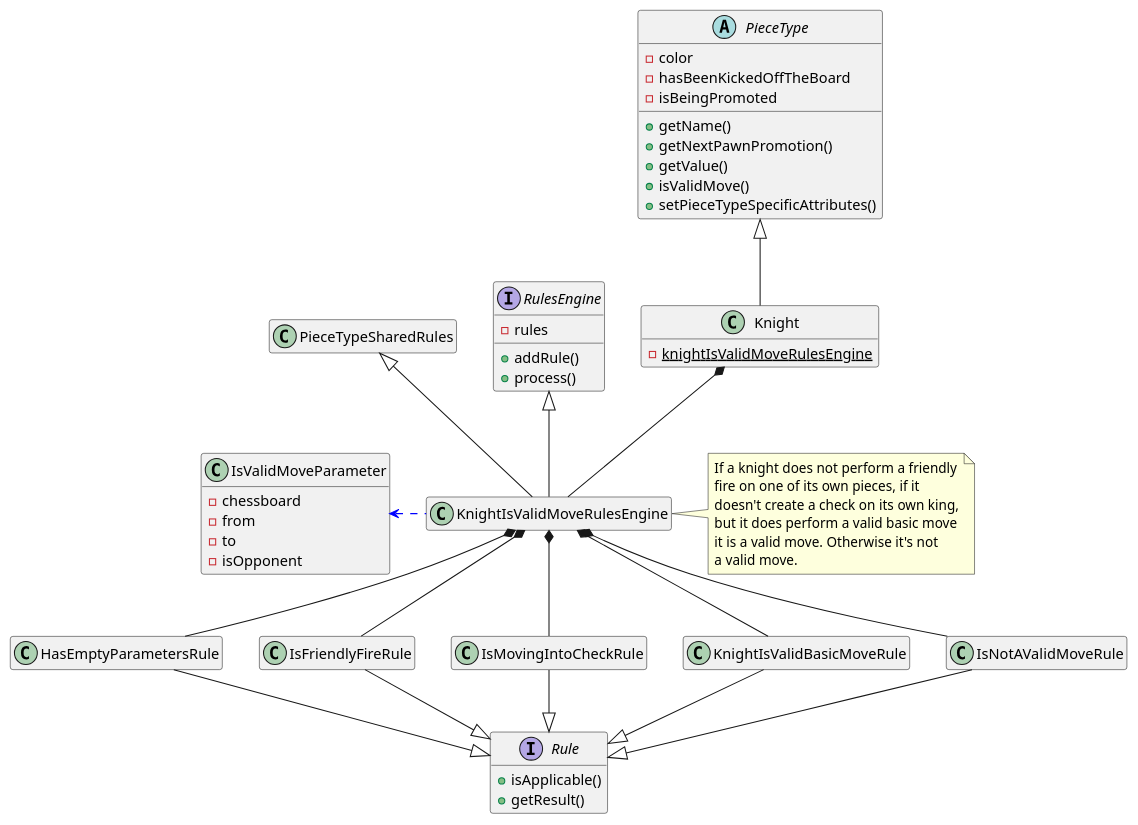
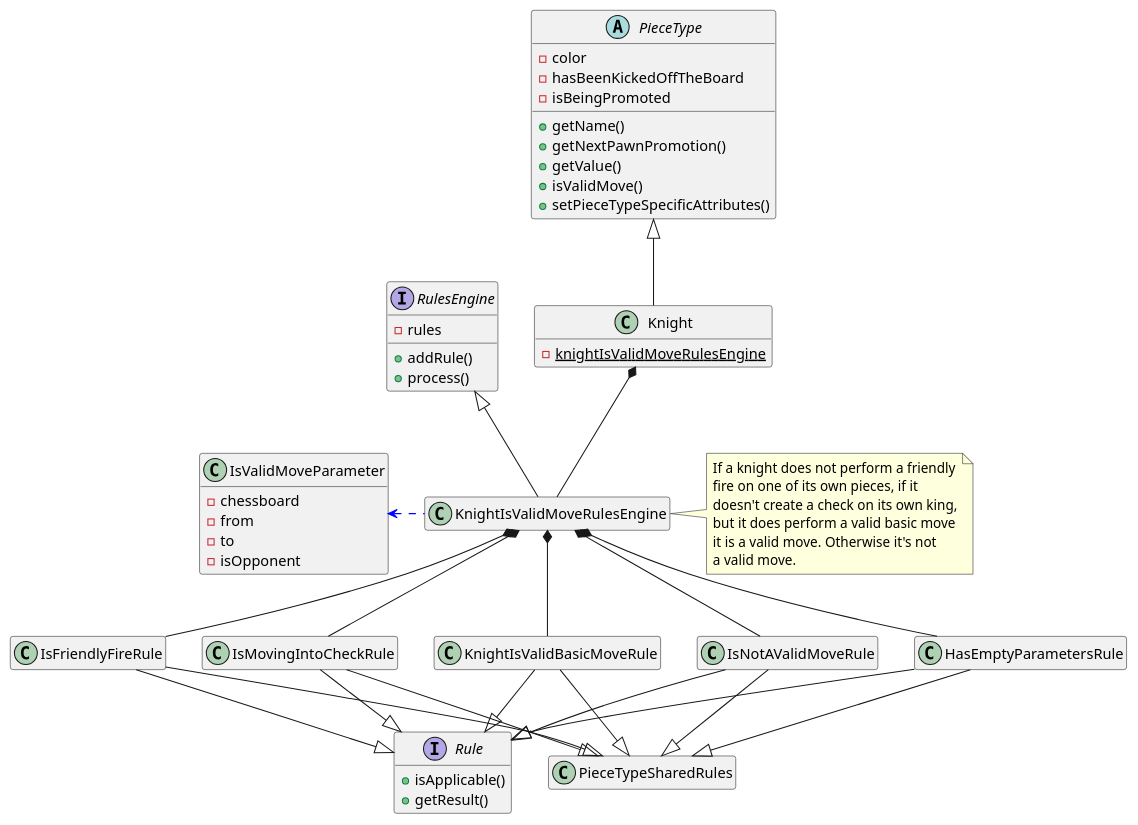
The diagram in game/src/main/resources/uml/knight.puml (tiktaalick/chess-with-database), drawn with PlantUML before and after one commit. The commit also changed 6 other files, not shown here.

Commit message:
Small changes to the class diagrams.

```diff
--- a/game/src/main/resources/uml/knight.puml
+++ b/game/src/main/resources/uml/knight.puml
@@ -1,75 +1,83 @@
 @startuml
 
 '--------------'
 'Hidden members'
 '--------------'
 hide empty members
 
 '----'
 'Move'
 '----'
 abstract class PieceType {
     - color
     - hasBeenKickedOffTheBoard
     - isBeingPromoted
     + getName()
     + getNextPawnPromotion()
     + getValue()
     + isValidMove()
     + setPieceTypeSpecificAttributes()
 }
 
 class Knight {
     - {static} knightIsValidMoveRulesEngine
 }
 
 class IsValidMoveParameter {
     - chessboard
     - from
     - to
     - isOpponent
 }
 
 interface RulesEngine {
     - rules
     + addRule()
     + process()
 }
 
 interface Rule {
     + isApplicable()
     + getResult()
 }
 
 '---------'
 'Relations'
 '---------'
 PieceType <|-down- Knight
 Knight *-- KnightIsValidMoveRulesEngine
+
 KnightIsValidMoveRulesEngine -up-|> RulesEngine
-KnightIsValidMoveRulesEngine -up-|> PieceTypeSharedRules
 KnightIsValidMoveRulesEngine .left[#blue].> IsValidMoveParameter
+
 HasEmptyParametersRule -up-* KnightIsValidMoveRulesEngine
 IsFriendlyFireRule -up-* KnightIsValidMoveRulesEngine
 IsMovingIntoCheckRule -up-* KnightIsValidMoveRulesEngine
 KnightIsValidBasicMoveRule -up-* KnightIsValidMoveRulesEngine
 IsNotAValidMoveRule -up-* KnightIsValidMoveRulesEngine
+
 HasEmptyParametersRule --|> Rule
 IsFriendlyFireRule --|> Rule
 IsMovingIntoCheckRule --|> Rule
 KnightIsValidBasicMoveRule --|> Rule
 IsNotAValidMoveRule --|> Rule
+
+HasEmptyParametersRule -down-|> PieceTypeSharedRules
+IsFriendlyFireRule -down-|> PieceTypeSharedRules
+IsMovingIntoCheckRule -down-|> PieceTypeSharedRules
+KnightIsValidBasicMoveRule -down-|> PieceTypeSharedRules
+IsNotAValidMoveRule -down-|> PieceTypeSharedRules
 
 '-----'
 'Notes'
 '-----'
 note right of KnightIsValidMoveRulesEngine {
     If a knight does not perform a friendly
     fire on one of its own pieces, if it
     doesn't create a check on its own king,
     but it does perform a valid basic move
     it is a valid move. Otherwise it's not
     a valid move.
 }
 
 @enduml
```
